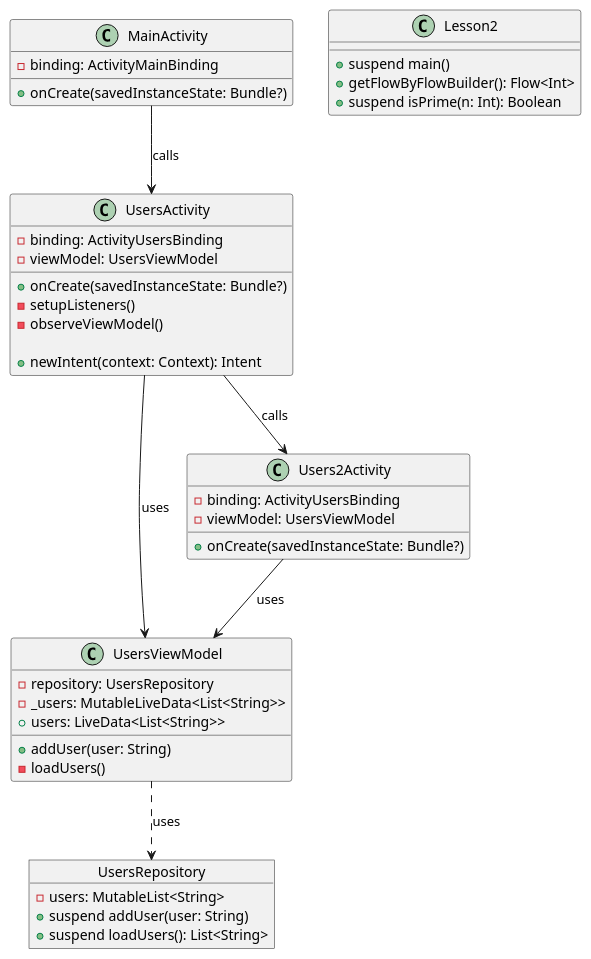
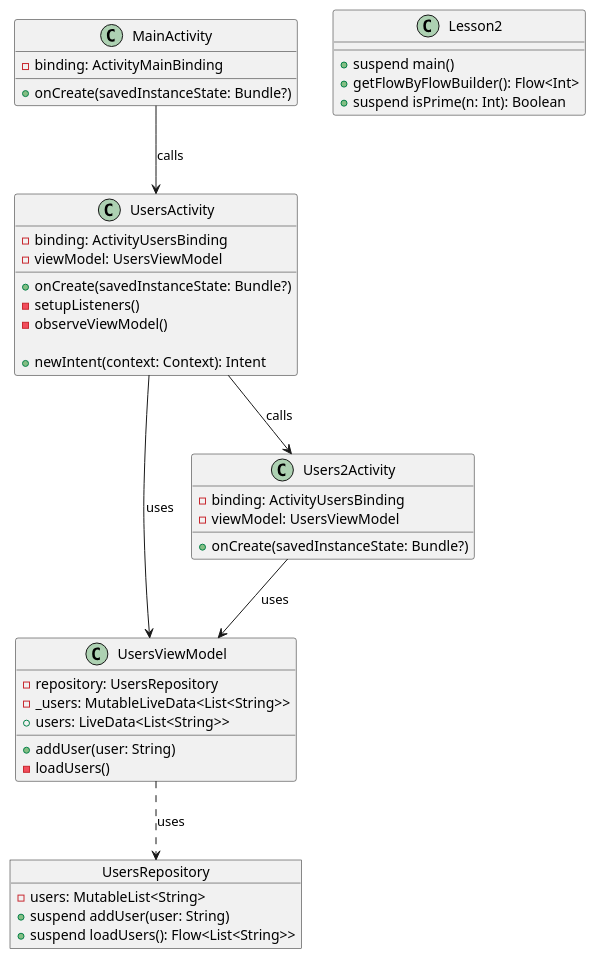
The diagram in app/src/main/java/com/example/coroutineflow/lessons/lesson2/lesson2diagram.puml (AbadzhevaK8/CoroutineFlow), drawn with PlantUML before and after one commit. The commit also changed 3 other files, not shown here.

Commit message:
feat: Implement UsersRepository with Flow, update UsersViewModel to collect users, and remove loadUsers() call from addUser() and onResume() in UsersActivity.

```diff
--- a/app/src/main/java/com/example/coroutineflow/lessons/lesson2/lesson2diagram.puml
+++ b/app/src/main/java/com/example/coroutineflow/lessons/lesson2/lesson2diagram.puml
@@ -1,54 +1,53 @@
 @startuml
-
 class MainActivity {
     - binding: ActivityMainBinding
 
     + onCreate(savedInstanceState: Bundle?)
 }
 
 class Lesson2 {
     + suspend main()
     + getFlowByFlowBuilder(): Flow<Int>
     + suspend isPrime(n: Int): Boolean
 }
 
 object UsersRepository {
     - users: MutableList<String>
 
     + suspend addUser(user: String)
-    + suspend loadUsers(): List<String>
+    + suspend loadUsers(): Flow<List<String>>
 }
 
 class UsersViewModel {
     - repository: UsersRepository
     - _users: MutableLiveData<List<String>>
     + users: LiveData<List<String>>
 
     + addUser(user: String)
     - loadUsers()
 }
 
 class UsersActivity {
     - binding: ActivityUsersBinding
     - viewModel: UsersViewModel
 
     + onCreate(savedInstanceState: Bundle?)
     - setupListeners()
     - observeViewModel()
 
     + newIntent(context: Context): Intent
 }
 
 class Users2Activity {
     - binding: ActivityUsersBinding
     - viewModel: UsersViewModel
 
     + onCreate(savedInstanceState: Bundle?)
 }
 
 UsersViewModel ..> UsersRepository : uses
 UsersActivity --> UsersViewModel : uses
 UsersActivity --> Users2Activity : calls
 Users2Activity --> UsersViewModel : uses
 MainActivity --> UsersActivity : calls
 @enduml
```
